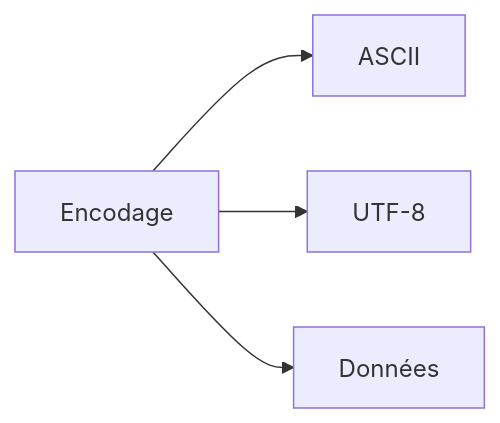
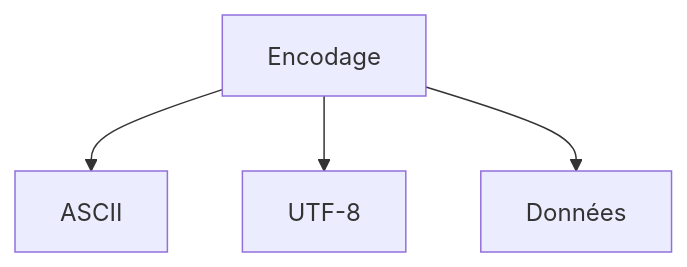
Before and after one commit to zyrass/omnydocs: diagram 13 of 38 in docs/glossaire/bases-fondamentales.md, drawn with Mermaid. The commit also changed other lines of this file and 1780 other files, not shown here.

````diff
--- a/docs/glossaire/bases-fondamentales.md
+++ b/docs/glossaire/bases-fondamentales.md
@@ -255,6 +309,6 @@
-    ```mermaid
-    graph LR
-        A[Encodage] --> B[ASCII]
-        A --> C[UTF-8]
-        A --> D[Données]
-    ```
+```mermaid
+graph TB
+    A[Encodage] --> B[ASCII]
+    A --> C[UTF-8]
+    A --> D[Données]
+```
````
